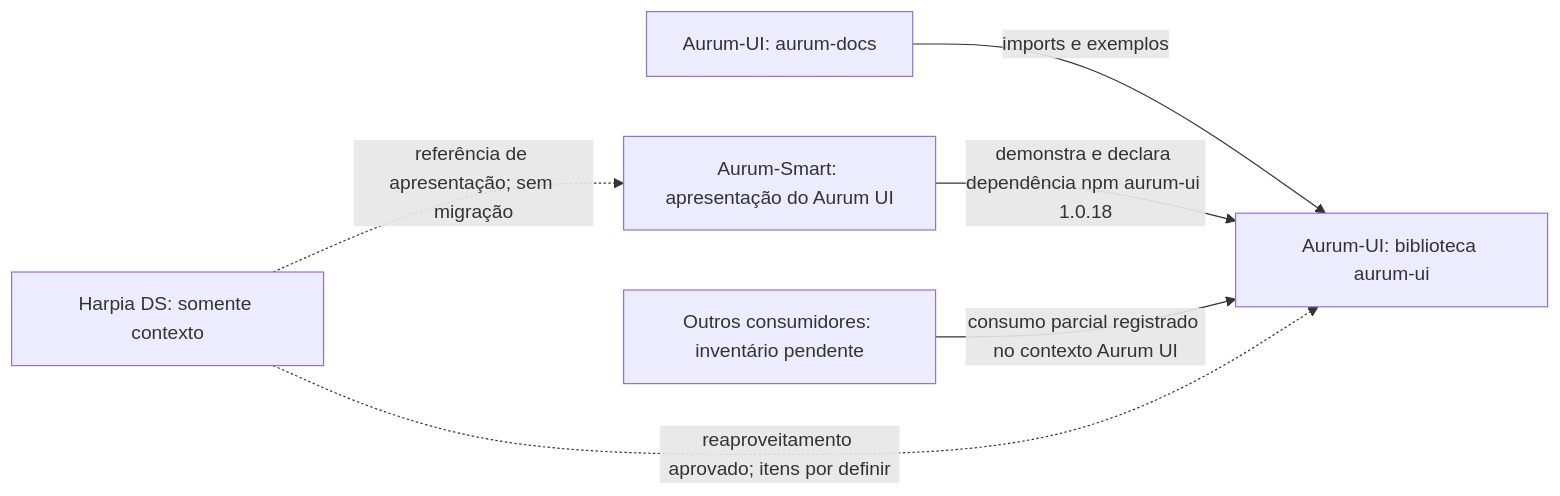
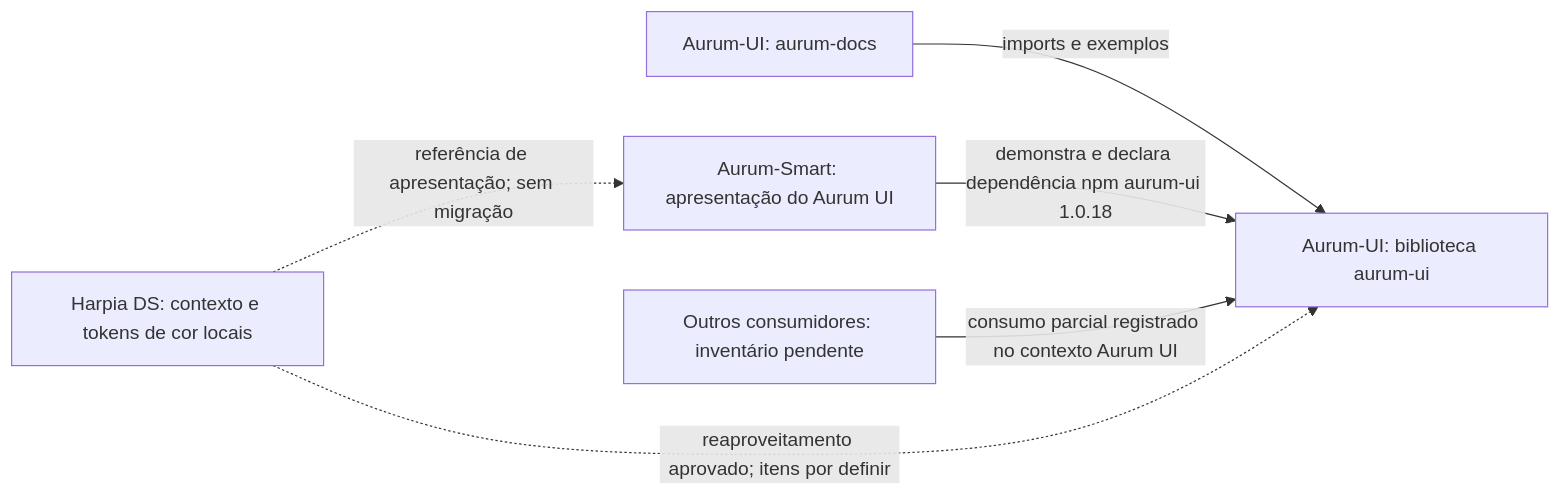
The first of 2 diagrams in docs/context/graph.md (rysecodebr/harpia-ds), drawn with Mermaid before and after one commit. The commit also changed 20 other files, not shown here.

Commit message:
feat(tokens): gere temas de cor para Angular e Flutter

````diff
--- a/docs/context/graph.md
+++ b/docs/context/graph.md
@@ -5,14 +5,14 @@
 ```mermaid
 flowchart LR
     AurumUI["Aurum-UI: biblioteca aurum-ui"]
     AurumDocs["Aurum-UI: aurum-docs"]
     Smart["Aurum-Smart: apresentação do Aurum UI"]
-    Harpia["Harpia DS: somente contexto"]
+    Harpia["Harpia DS: contexto e tokens de cor locais"]
     Consumers["Outros consumidores: inventário pendente"]
 
     AurumDocs -->|imports e exemplos| AurumUI
     Smart -->|demonstra e declara dependência npm aurum-ui 1.0.18| AurumUI
     Consumers -->|consumo parcial registrado no contexto Aurum UI| AurumUI
     Harpia -.->|reaproveitamento aprovado; itens por definir| AurumUI
     Harpia -.->|referência de apresentação; sem migração| Smart
 ```
````
